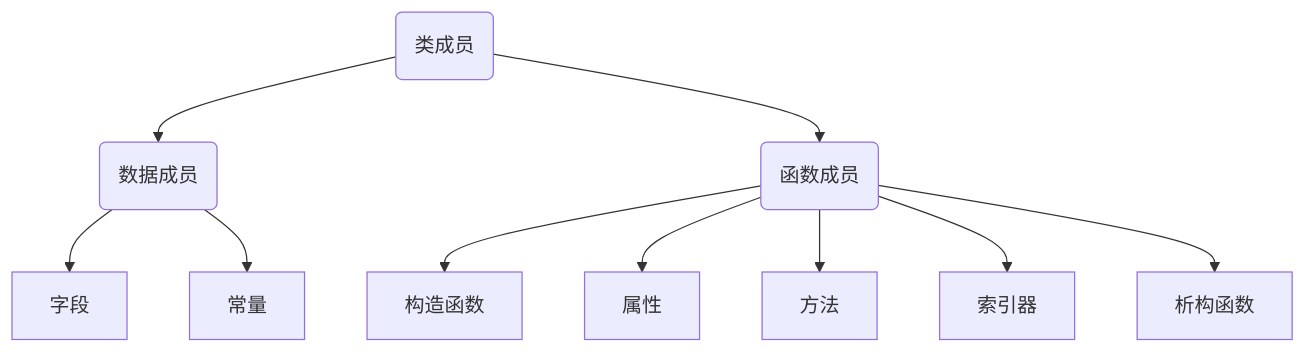
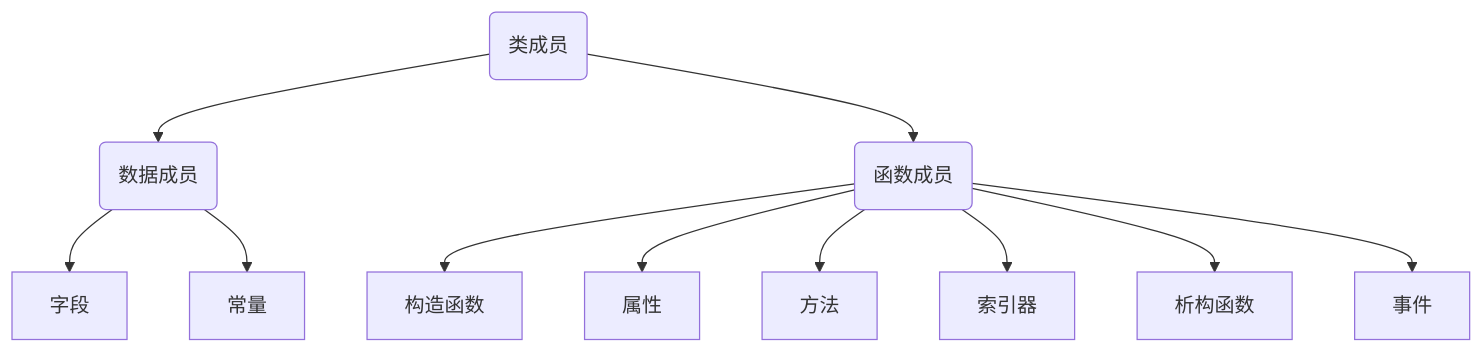
One commit to xiaoYoc/CSharp-Learning-Notes-In-a-Nutshell changed the diagram in C#之面向对象.md. Above: the diagram before and after it, drawn with Mermaid. The commit also changed other lines of this file and 6 other files, not shown here.

````diff
--- a/C#之面向对象.md
+++ b/C#之面向对象.md
@@ -33,12 +33,13 @@
 ```mermaid
 flowchart TD
 X(类成员)-->A
 X -->B
 A(数据成员)--> 字段
 A --> 常量
 B(函数成员)-->构造函数
 B --> 属性
 B-->方法
 B-->索引器
 B-->析构函数
+B-->事件
 ```
````
